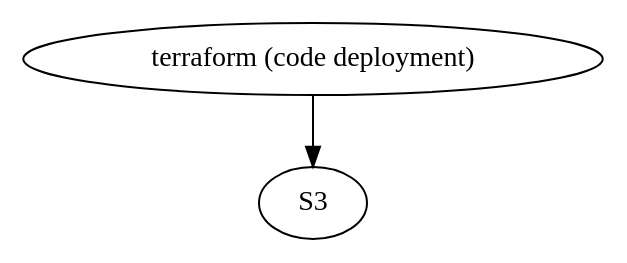
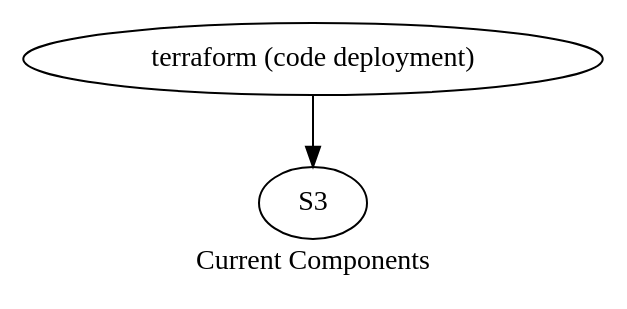
Before and after one commit to code-for-nashville/inclucivics: the diagram in docs/architecture.dot, drawn with Graphviz. The commit also changed 2 other files, not shown here.

Commit message:
add graph caption

```diff
--- a/docs/architecture.dot
+++ b/docs/architecture.dot
@@ -1,3 +1,4 @@
 digraph {
-  "terraform (code deployment)" -> S3 
+  label = "Current Components"
+  "terraform (code deployment)" -> S3
 }
```
